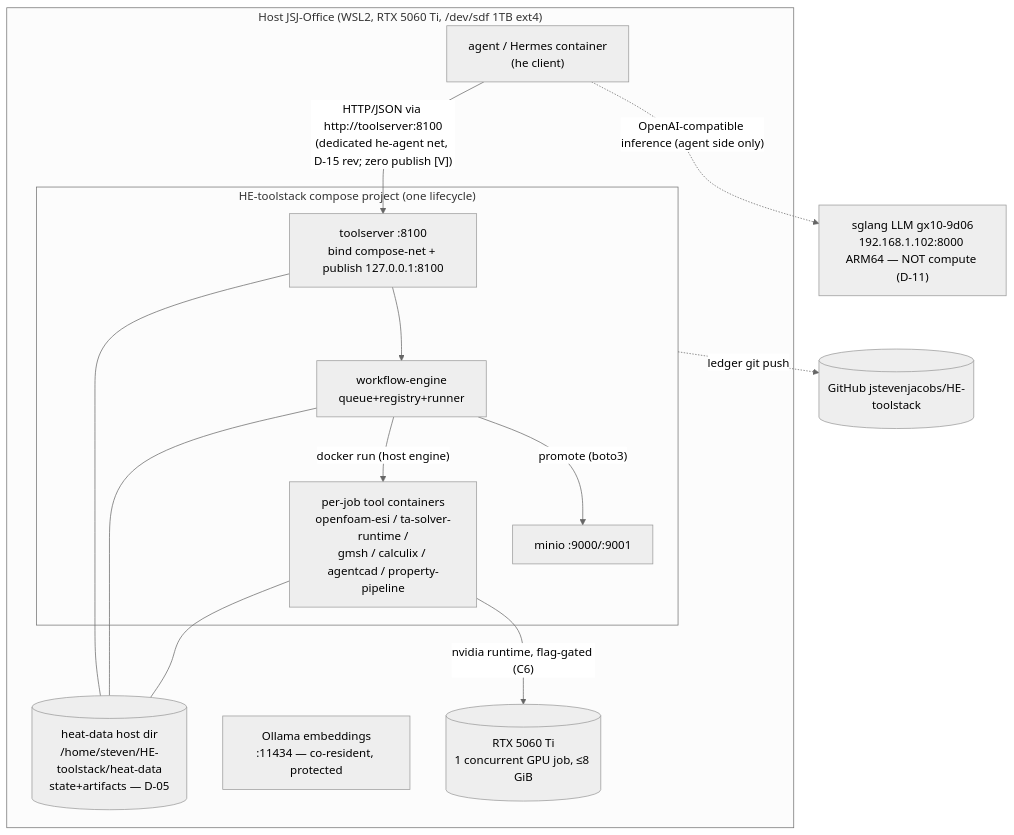
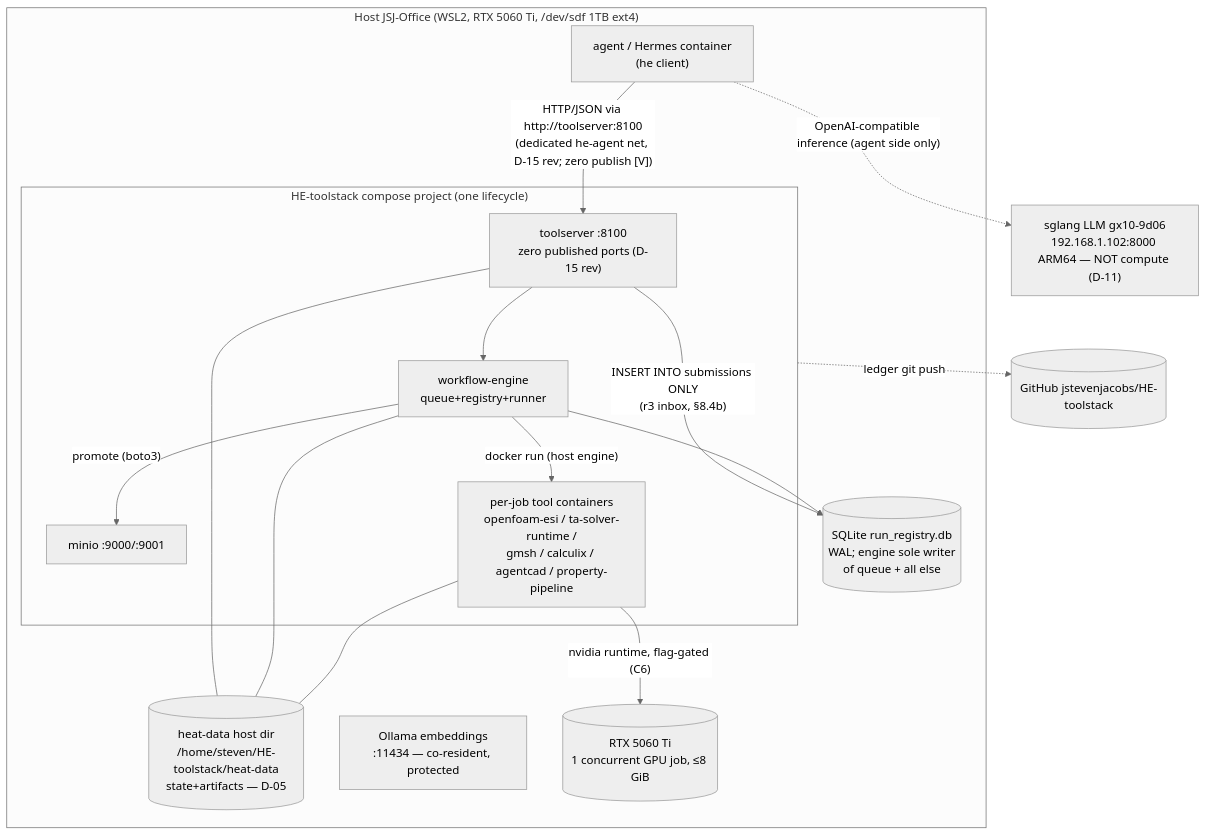
One commit to jstevenjacobs/HE-toolstack changed the first of 9 diagrams in docs/HE-TOOLSTACK-TECHNICAL-DESIGN.md. Above: the diagram before and after it, drawn with Mermaid (neutral theme). The commit also changed other lines of this file and 4 other files, not shown here.

````diff
--- a/docs/HE-TOOLSTACK-TECHNICAL-DESIGN.md
+++ b/docs/HE-TOOLSTACK-TECHNICAL-DESIGN.md
@@ -223,22 +223,25 @@
 ```mermaid
 graph TB
     subgraph Host["Host JSJ-Office (WSL2, RTX 5060 Ti, /dev/sdf 1TB ext4)"]
         subgraph Stack["HE-toolstack compose project (one lifecycle)"]
-            TS["toolserver :8100<br/>bind compose-net + publish 127.0.0.1:8100"]
+            TS["toolserver :8100<br/>zero published ports (D-15 rev)"]
             WE[workflow-engine<br/>queue+registry+runner]
             MO[minio :9000/:9001]
             JOB[per-job tool containers<br/>openfoam-esi / ta-solver-runtime /<br/>gmsh / calculix / agentcad / property-pipeline]
         end
         HD[("heat-data host dir<br/>/home/steven/HE-toolstack/heat-data<br/>state+artifacts — D-05")]
         AG["agent / Hermes container<br/>(he client)"]
         EMB["Ollama embeddings<br/>:11434 — co-resident, protected"]
         TS --- HD; WE --- HD; JOB --- HD
         AG -- "HTTP/JSON via http://toolserver:8100<br/>(dedicated he-agent net, D-15 rev; zero publish [V])" --> TS
-        TS --> WE; WE -- "docker run (host engine)" --> JOB
+        TS -- "INSERT INTO submissions ONLY<br/>(r3 inbox, §8.4b)" --> DB[(SQLite run_registry.db<br/>WAL; engine sole writer<br/>of queue + all else)]
+        TS --> WE
+        WE --> DB
+        WE -- "docker run (host engine)" --> JOB
         WE -- "promote (boto3)" --> MO
         JOB -- "nvidia runtime, flag-gated (C6)" --> GPU[(RTX 5060 Ti<br/>1 concurrent GPU job, ≤8 GiB)]
     end
     AGX["sglang LLM gx10-9d06<br/>192.168.1.102:8000 ARM64 — NOT compute (D-11)"]
     AG -. "OpenAI-compatible inference (agent side only)" .-> AGX
     Stack -. "ledger git push" .-> GH[(GitHub jstevenjacobs/HE-toolstack)]
 ```
````
